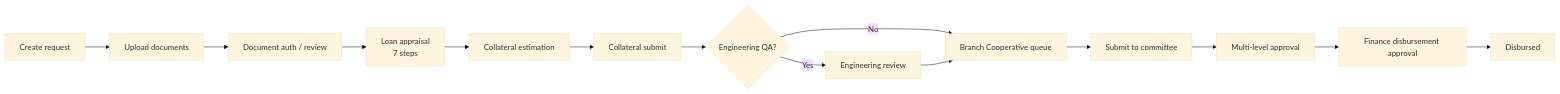
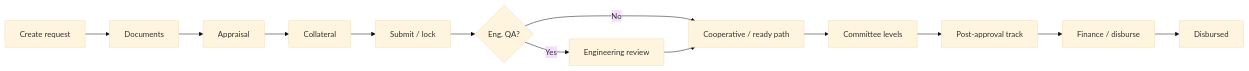
The diagram in README.md (habenkiros/dbe_loan), drawn with Mermaid (base theme) before and after one commit. The commit also changed other lines of this file and 66 other files, not shown here.

````diff
--- a/README.md
+++ b/README.md
@@ -125,16 +140,15 @@
 ```mermaid
 flowchart LR
-    A[Create request] --> B[Upload documents]
-    B --> C[Document auth / review]
-    C --> D[Loan appraisal<br/>7 steps]
-    D --> E[Collateral estimation]
-    E --> F[Collateral submit]
-    F --> G{Engineering QA?}
-    G -->|Yes| H[Engineering review]
-    G -->|No| I[Branch Cooperative queue]
-    H --> I
-    I --> J[Submit to committee]
-    J --> K[Multi-level approval]
-    K --> L[Finance disbursement approval]
-    L --> M[Disbursed]
+    A[Create request] --> B[Documents]
+    B --> C[Appraisal]
+    C --> D[Collateral]
+    D --> E[Submit / lock]
+    E --> F{Eng. QA?}
+    F -->|Yes| G[Engineering review]
+    F -->|No| H[Cooperative / ready path]
+    G --> H
+    H --> I[Committee levels]
+    I --> J[Post-approval track]
+    J --> K[Finance / disburse]
+    K --> L[Disbursed]
 ```
````
